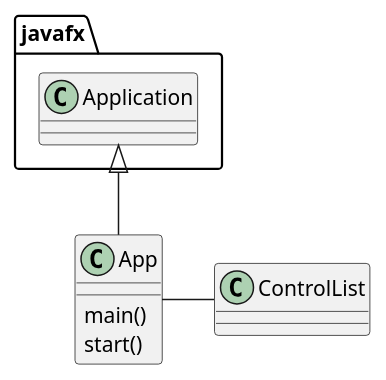
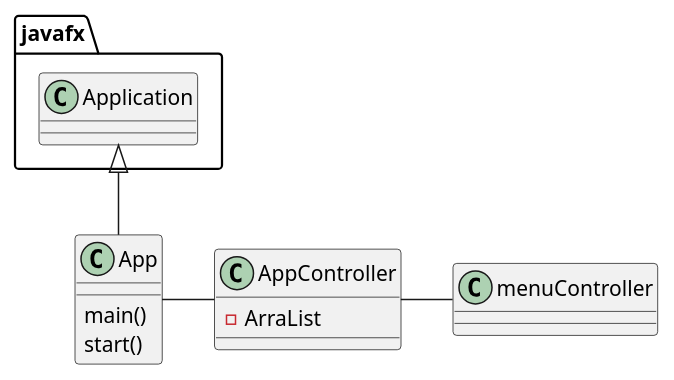
One commit to ashley-m0/OOP-Assignment4 changed the diagram in uml/AppDiagram.puml. Above: the diagram before and after it, drawn with PlantUML. The commit also changed 3 other files, not shown here.

```diff
--- a/uml/AppDiagram.puml
+++ b/uml/AppDiagram.puml
@@ -1,16 +1,21 @@
 @startuml
 'https://plantuml.com/sequence-diagram
 
 class App{
     main()
     start()
 }
 
-class ControlList{
+class AppController{
+    - ArraList
+}
+
+class menuController{
 
 }
 
 javafx.Application <|-- App
 
-App -  ControlList
+App -  AppController
+AppController - menuController
 @enduml
```
